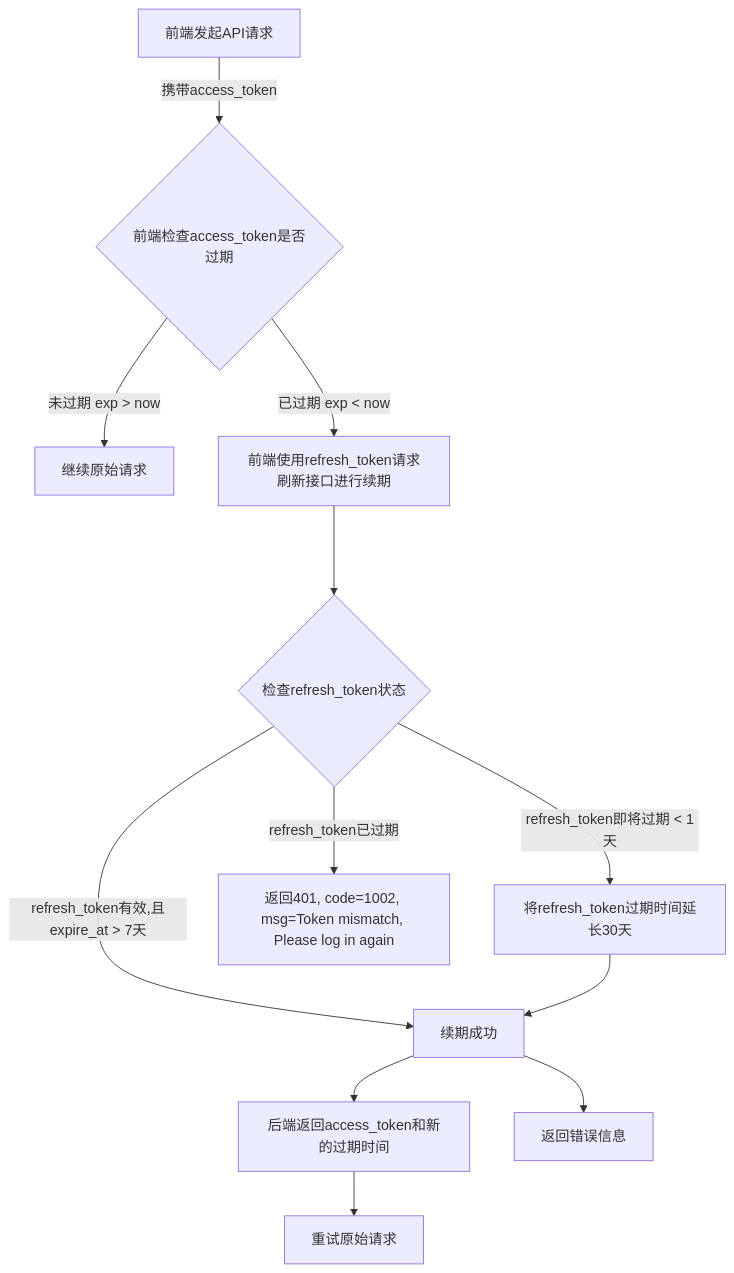
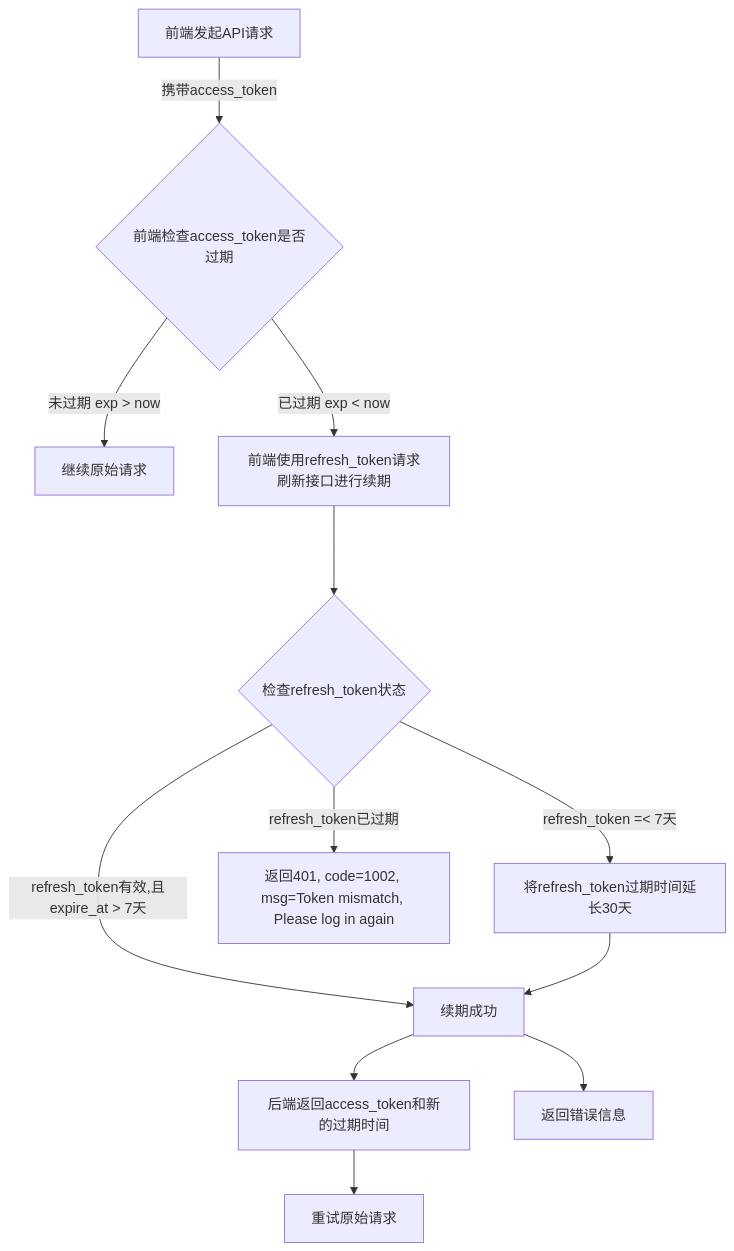
The diagram in all/openAPI-17.md (yingjianzh/iodraw-files), drawn with Mermaid before and after one commit.

Commit message:
2025-01-08 18:16:20 update

````diff
--- a/all/openAPI-17.md
+++ b/all/openAPI-17.md
@@ -1,15 +1,15 @@
 ```mermaid
 flowchart TD
     A[前端发起API请求] -->|携带access_token| B{前端检查access_token是否过期}
     B -->|未过期 exp > now| C[继续原始请求]
     B -->|已过期 exp < now| D[前端使用refresh_token请求刷新接口进行续期]
     D ---> L{检查refresh_token状态}
-    L -->|refresh_token即将过期 < 1天| E[将refresh_token过期时间延长30天]
+    L -->|refresh_token  =< 7天| E[将refresh_token过期时间延长30天]
     L -->|refresh_token已过期| F[返回401, code=1002, msg=Token mismatch, Please log in again]
     L -->|refresh_token有效,且expire_at > 7天 | G[续期成功]
     G -->H[后端返回access_token和新的过期时间]
     G -->I[返回错误信息]
     H --> J[重试原始请求]
     E --> G
 
 ```
````
